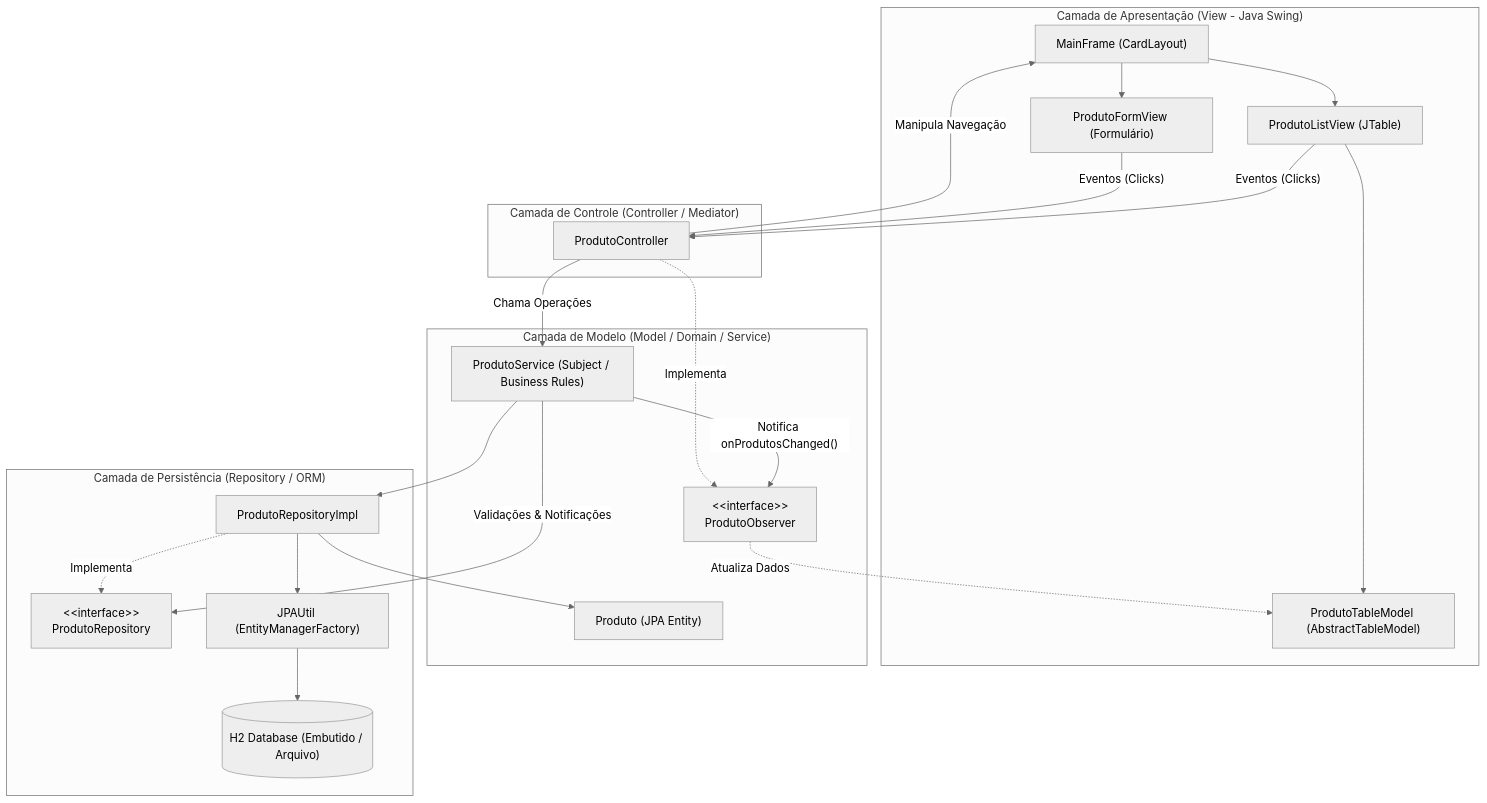
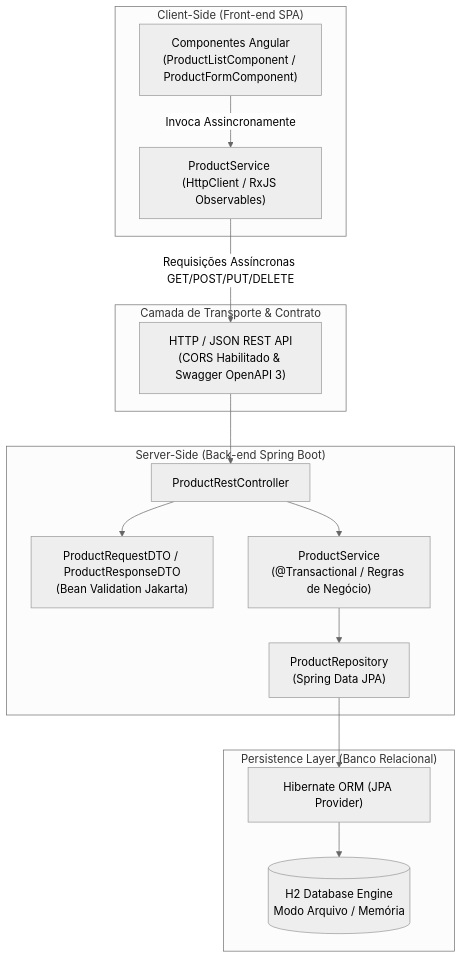
The diagram in README.md (ProfCainaAntunes/exemplo_persistencia_sistemaWeb), drawn with Mermaid (neutral theme) before and after one commit. The commit also changed other lines of this file and 53 other files, not shown here.

````diff
--- a/README.md
+++ b/README.md
@@ -70,44 +29,33 @@
 ```mermaid
 graph TD
-    subgraph UI_Layer ["Camada de Apresentação (View - Java Swing)"]
-        MF["MainFrame (CardLayout)"]
-        LV["ProdutoListView (JTable)"]
-        FV["ProdutoFormView (Formulário)"]
-        TM["ProdutoTableModel (AbstractTableModel)"]
-        MF --> LV
-        MF --> FV
-        LV --> TM
+    subgraph ClientSide ["Client-Side (Front-end SPA)"]
+        UI["Componentes Angular<br/>(ProductListComponent / ProductFormComponent)"]
+        SVC["ProductService (HttpClient / RxJS Observables)"]
+        UI -->|Invoca Assincronamente| SVC
     end
 
-    subgraph Controller_Layer ["Camada de Controle (Controller / Mediator)"]
-        PC["ProdutoController"]
+    subgraph Transport ["Camada de Transporte & Contrato"]
+        HTTP["HTTP / JSON REST API<br/>(CORS Habilitado & Swagger OpenAPI 3)"]
+        SVC -->|Requisições Assíncronas GET/POST/PUT/DELETE| HTTP
     end
 
-    subgraph Model_Layer ["Camada de Modelo (Model / Domain / Service)"]
-        PS["ProdutoService (Subject / Business Rules)"]
-        PO["&lt;&lt;interface&gt;&gt;<br/>ProdutoObserver"]
-        PE["Produto (JPA Entity)"]
+    subgraph ServerSide ["Server-Side (Back-end Spring Boot)"]
+        CTRL["ProductRestController"]
+        DTO["ProductRequestDTO / ProductResponseDTO<br/>(Bean Validation Jakarta)"]
+        SRV["ProductService<br/>(@Transactional / Regras de Negócio)"]
+        REP["ProductRepository<br/>(Spring Data JPA)"]
+
+        HTTP --> CTRL
+        CTRL --> DTO
+        CTRL --> SRV
+        SRV --> REP
     end
 
-    subgraph Persistence_Layer ["Camada de Persistência (Repository / ORM)"]
-        PR["&lt;&lt;interface&gt;&gt;<br/>ProdutoRepository"]
-        PRI["ProdutoRepositoryImpl"]
-        JU["JPAUtil (EntityManagerFactory)"]
-        H2[("H2 Database (Embutido / Arquivo)")]
+    subgraph DataTier ["Persistence Layer (Banco Relacional)"]
+        HIB["Hibernate ORM (JPA Provider)"]
+        H2[("H2 Database Engine<br/>Modo Arquivo / Memória")]
+
+        REP --> HIB
+        HIB --> H2
     end
-
-    %% Relações e Fluxos
-    LV -- "Eventos (Clicks)" --> PC
-    FV -- "Eventos (Clicks)" --> PC
-    PC -- "Manipula Navegação" --> MF
-    PC -- "Chama Operações" --> PS
-    PS -- "Validações &amp; Notificações" --> PR
-    PRI -. "Implementa" .-> PR
-    PS --> PRI
-    PS -- "Notifica onProdutosChanged()" --> PO
-    PC -. "Implementa" .-> PO
-    PO -. "Atualiza Dados" .-> TM
-    PRI --> JU
-    PRI --> PE
-    JU --> H2
 ```
````
